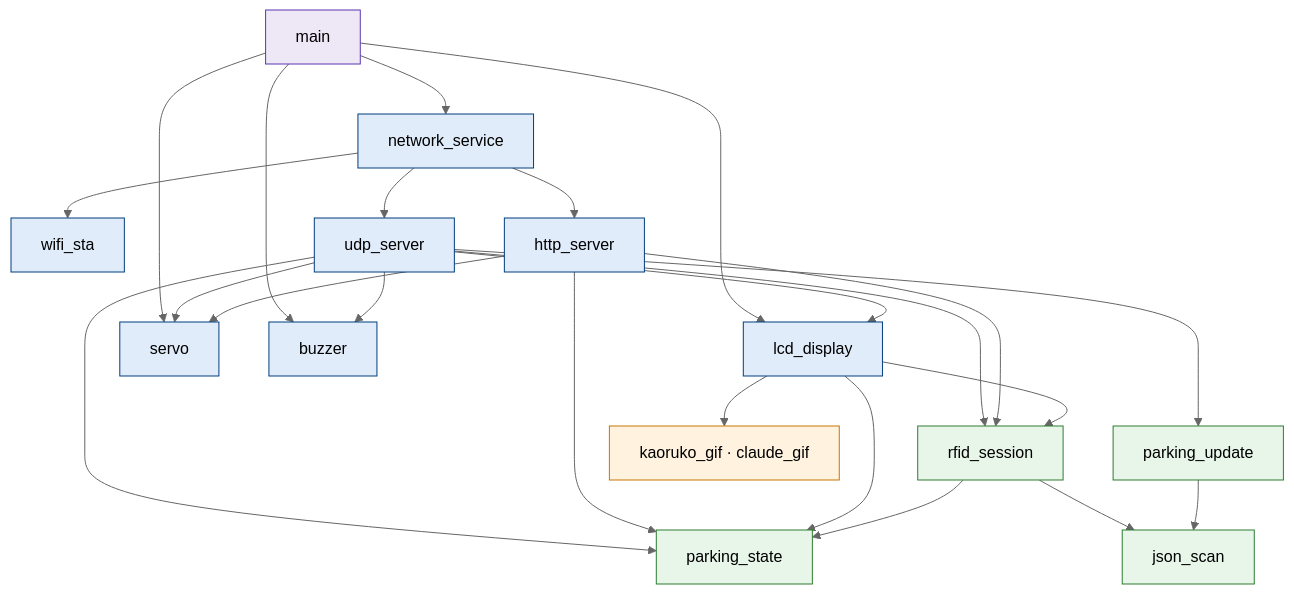
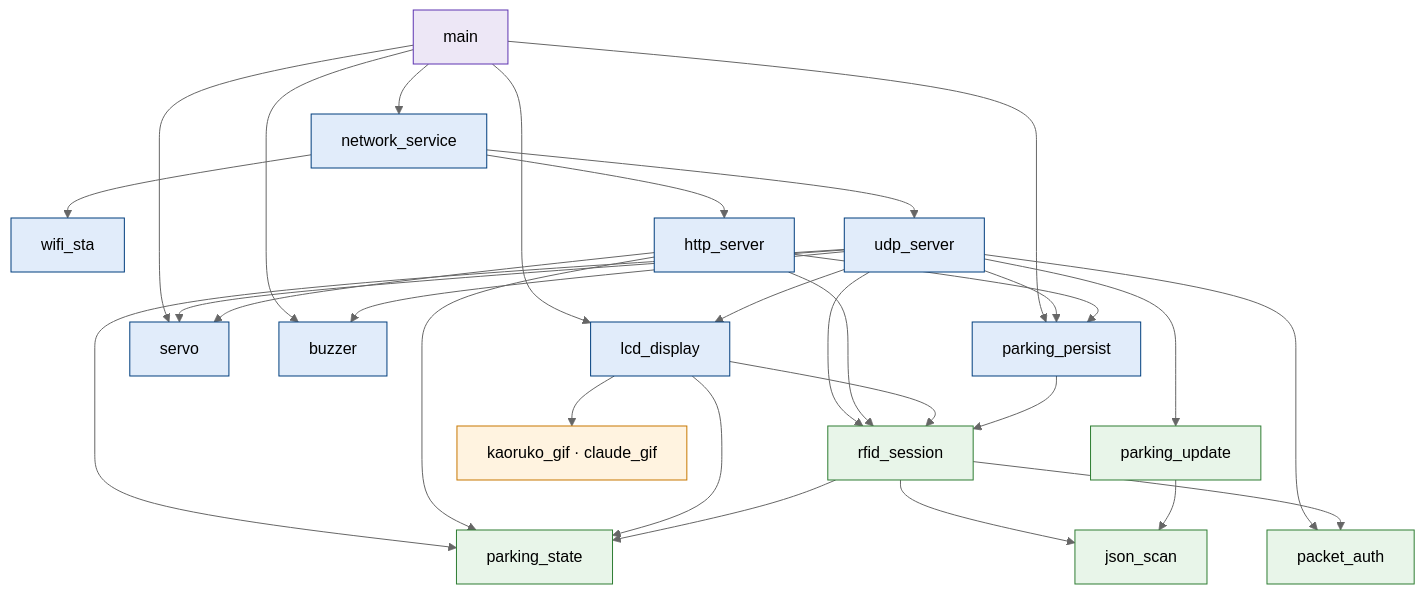
One commit to thinhdinh25/INT3108_embedded-Smart-Parking-Project changed the diagram in report/diagrams/deps.mmd. Above: the diagram before and after it, drawn with Mermaid (neutral theme). The commit also changed 65 other files, not shown here.

First line of the commit message:
Sign UDP packets, ACK RFID scans, persist sessions; update report

```diff
--- a/report/diagrams/deps.mmd
+++ b/report/diagrams/deps.mmd
@@ -1,14 +1,15 @@
 flowchart TB
-  main --> net[network_service] & lcd[lcd_display] & servo & buzzer
+  main --> net[network_service] & lcd[lcd_display] & servo & buzzer & pp[parking_persist]
   net --> wifi[wifi_sta] & udp[udp_server] & http[http_server]
-  udp --> lcd & servo & buzzer
-  udp --> ps[parking_state] & pu[parking_update] & rs[rfid_session]
-  http --> servo & ps & rs
+  udp --> lcd & servo & buzzer & pp
+  udp --> ps[parking_state] & pu[parking_update] & rs[rfid_session] & pa[packet_auth]
+  http --> servo & ps & rs & pp
   lcd --> ps & rs & gif[kaoruko_gif · claude_gif]
-  rs --> ps & js[json_scan]
+  pp --> rs
+  rs --> ps & js[json_scan] & pa
   pu --> js
   classDef app fill:#EDE7F6,stroke:#5E35B1;
   classDef svc fill:#E1ECFA,stroke:#003E7E;
   classDef dom fill:#E8F5E9,stroke:#2E7D32;
   classDef data fill:#FFF3E0,stroke:#C77700;
-  class main app; class net,wifi,udp,http,lcd,servo,buzzer svc; class ps,pu,rs,js dom; class gif data;
+  class main app; class net,wifi,udp,http,lcd,servo,buzzer,pp svc; class ps,pu,rs,js,pa dom; class gif data;
```
